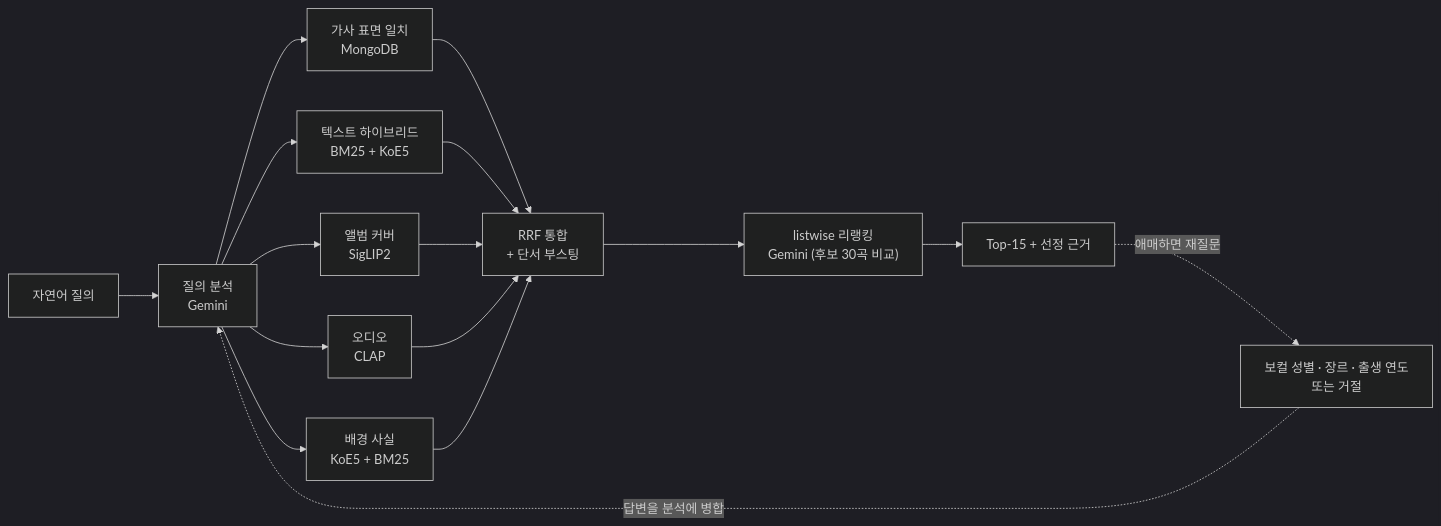
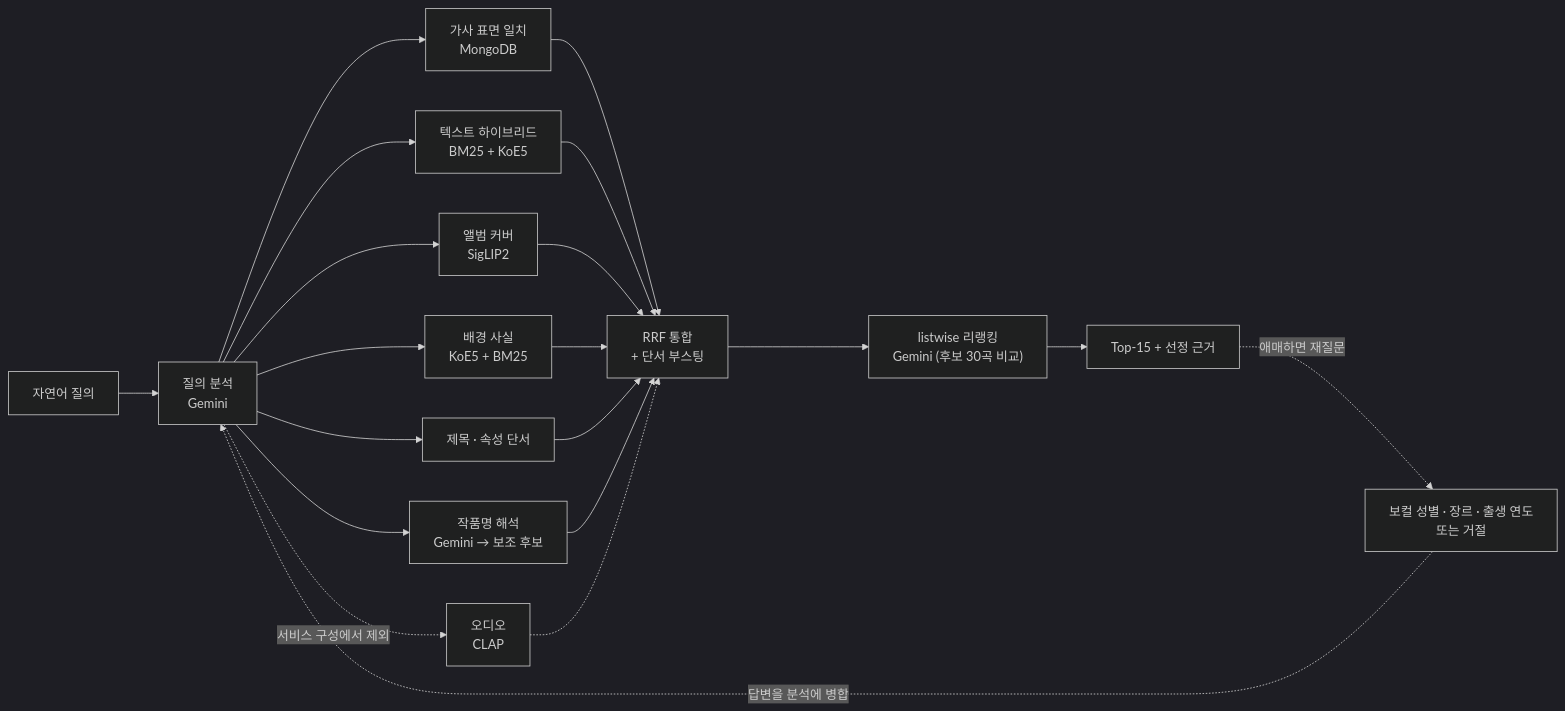
The diagram in README.md (notvague/vague-finder), drawn with Mermaid (dark theme) before and after one commit. The commit also changed other lines of this file and 6 other files, not shown here.

First line of the commit message:
[Docs] README를 서비스 구성 기준으로 갱신하고 오디오 경로 제외 결정 기록 - 황찬혁 (#106)

````diff
--- a/README.md
+++ b/README.md
@@ -41,14 +43,17 @@
 ```mermaid
 flowchart LR
     Q["자연어 질의"] --> A["질의 분석<br/>Gemini"]
     A --> L["가사 표면 일치<br/>MongoDB"]
     A --> T["텍스트 하이브리드<br/>BM25 + KoE5"]
     A --> I["앨범 커버<br/>SigLIP2"]
-    A --> S["오디오<br/>CLAP"]
     A --> X["배경 사실<br/>KoE5 + BM25"]
-    L & T & I & S & X --> F["RRF 통합<br/>+ 단서 부스팅"]
+    A --> M["제목 · 속성 단서"]
+    A --> W["작품명 해석<br/>Gemini → 보조 후보"]
+    A -.->|서비스 구성에서 제외| S["오디오<br/>CLAP"]
+    L & T & I & X & M & W --> F["RRF 통합<br/>+ 단서 부스팅"]
+    S -.-> F
     F --> R["listwise 리랭킹<br/>Gemini (후보 30곡 비교)"]
     R --> O["Top-15 + 선정 근거"]
     O -.->|애매하면 재질문| C["보컬 성별 · 장르 · 출생 연도<br/>또는 거절"]
     C -.->|답변을 분석에 병합| A
 ```
````
